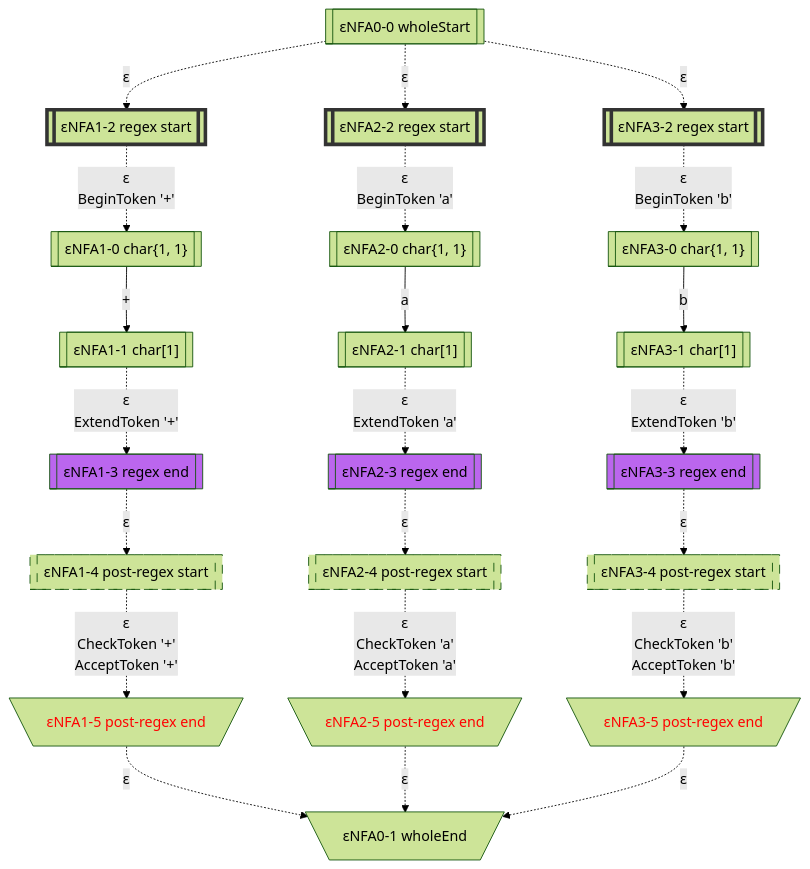
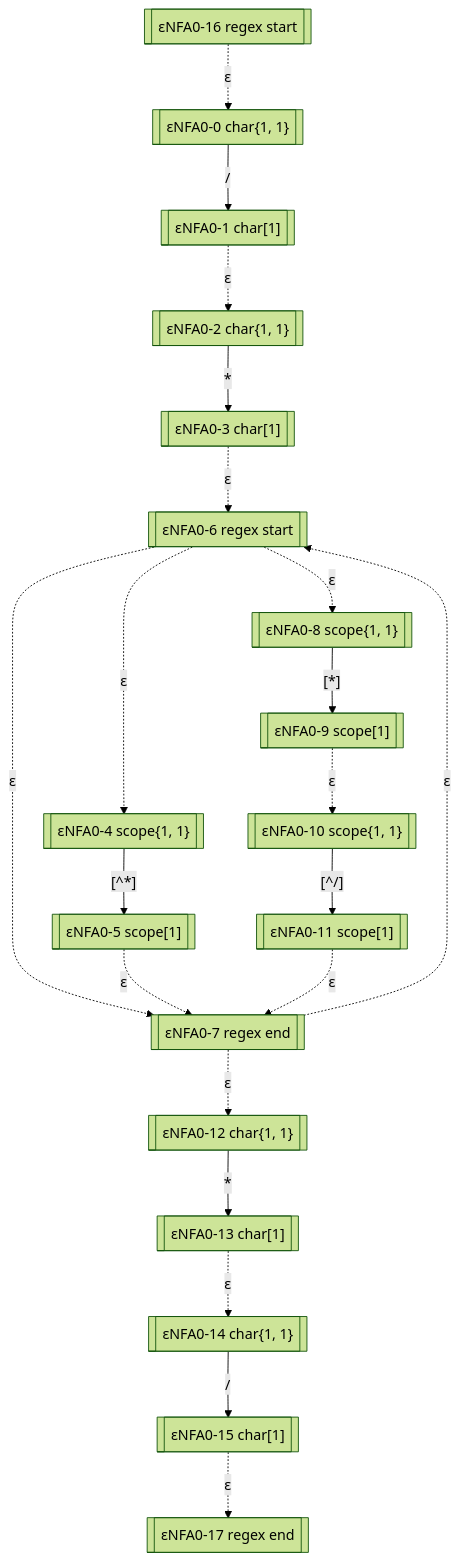
Before and after one commit to bitzhuwei/GrammarMentor: the seventh of 17 diagrams in Practices/Practice.GeneratedXxxFormat.Test/GeneratedABB/LexicalAnalyzer/README.gen.md, drawn with Mermaid (forest theme). The commit also changed other lines of this file and 3868 other files, not shown here.

````diff
--- a/Practices/Practice.GeneratedXxxFormat.Test/GeneratedABB/LexicalAnalyzer/README.gen.md
+++ b/Practices/Practice.GeneratedXxxFormat.Test/GeneratedABB/LexicalAnalyzer/README.gen.md
@@ -195,70 +193,42 @@
 classDef c1101 stroke:#333,stroke-width:4px,fill:#BB66EE,color:#FF0000;
 classDef c1110 stroke:#333,stroke-width:4px,fill:#BB66EE,stroke-dasharray: 10 10;
 classDef c1111 stroke:#333,stroke-width:4px,fill:#BB66EE,stroke-dasharray: 10 10,color:#FF0000;
-eNFA0_0_57712780[["εNFA0-0 wholeStart"]]
-eNFA1_2_20234383[["εNFA1-2 regex start"]]
-class eNFA1_2_20234383 c1000;
-eNFA2_2_49652976[["εNFA2-2 regex start"]]
-class eNFA2_2_49652976 c1000;
-eNFA3_2_41421720[["εNFA3-2 regex start"]]
-class eNFA3_2_41421720 c1000;
-eNFA1_0_47891719[["εNFA1-0 char{1, 1}"]]
-eNFA2_0_25342185[["εNFA2-0 char{1, 1}"]]
-eNFA3_0_66824994[["εNFA3-0 char{1, 1}"]]
-eNFA1_1_28372289[["εNFA1-1 char[1]"]]
-eNFA2_1_26753075[["εNFA2-1 char[1]"]]
-eNFA3_1_64554036[["εNFA3-1 char[1]"]]
-eNFA1_3_54024015[["εNFA1-3 regex end"]]
-class eNFA1_3_54024015 c0100;
-eNFA2_3_39451090[["εNFA2-3 regex end"]]
-class eNFA2_3_39451090 c0100;
-eNFA3_3_44115416[["εNFA3-3 regex end"]]
-class eNFA3_3_44115416 c0100;
-eNFA1_4_16454088[["εNFA1-4 post-regex start"]]
-class eNFA1_4_16454088 c0010;
-eNFA2_4_19515494[["εNFA2-4 post-regex start"]]
-class eNFA2_4_19515494 c0010;
-eNFA3_4_61494432[["εNFA3-4 post-regex start"]]
-class eNFA3_4_61494432 c0010;
-eNFA1_5_13869071[\"εNFA1-5 post-regex end"/]
-class eNFA1_5_13869071 c0001;
-eNFA2_5_44223604[\"εNFA2-5 post-regex end"/]
-class eNFA2_5_44223604 c0001;
-eNFA3_5_37251161[\"εNFA3-5 post-regex end"/]
-class eNFA3_5_37251161 c0001;
-eNFA0_1_62468121[\"εNFA0-1 wholeEnd"/]
-eNFA0_0_57712780 -.->|"ε"|eNFA1_2_20234383
-eNFA0_0_57712780 -.->|"ε"|eNFA2_2_49652976
-eNFA0_0_57712780 -.->|"ε"|eNFA3_2_41421720
-eNFA1_2_20234383 -.->|"ε
-BeginToken '+'"|eNFA1_0_47891719
-eNFA2_2_49652976 -.->|"ε
-BeginToken 'a'"|eNFA2_0_25342185
-eNFA3_2_41421720 -.->|"ε
-BeginToken 'b'"|eNFA3_0_66824994
-eNFA1_0_47891719 -->|"+"|eNFA1_1_28372289
-eNFA2_0_25342185 -->|"a"|eNFA2_1_26753075
-eNFA3_0_66824994 -->|"b"|eNFA3_1_64554036
-eNFA1_1_28372289 -.->|"ε
-ExtendToken '+'"|eNFA1_3_54024015
-eNFA2_1_26753075 -.->|"ε
-ExtendToken 'a'"|eNFA2_3_39451090
-eNFA3_1_64554036 -.->|"ε
-ExtendToken 'b'"|eNFA3_3_44115416
-eNFA1_3_54024015 -.->|"ε"|eNFA1_4_16454088
-eNFA2_3_39451090 -.->|"ε"|eNFA2_4_19515494
-eNFA3_3_44115416 -.->|"ε"|eNFA3_4_61494432
-eNFA1_4_16454088 -.->|"ε
-CheckToken '+'
-AcceptToken '+'"|eNFA1_5_13869071
-eNFA2_4_19515494 -.->|"ε
-CheckToken 'a'
-AcceptToken 'a'"|eNFA2_5_44223604
-eNFA3_4_61494432 -.->|"ε
-CheckToken 'b'
-AcceptToken 'b'"|eNFA3_5_37251161
-eNFA1_5_13869071 -.->|"ε"|eNFA0_1_62468121
-eNFA2_5_44223604 -.->|"ε"|eNFA0_1_62468121
-eNFA3_5_37251161 -.->|"ε"|eNFA0_1_62468121
-
+eNFA0_16_37251161[["εNFA0-16 regex start"]]
+eNFA0_0_66824994[["εNFA0-0 char{1, 1}"]]
+eNFA0_1_64554036[["εNFA0-1 char[1]"]]
+eNFA0_2_44115416[["εNFA0-2 char{1, 1}"]]
+eNFA0_3_56200037[["εNFA0-3 char[1]"]]
+eNFA0_6_63208015[["εNFA0-6 regex start"]]
+eNFA0_4_19575591[["εNFA0-4 scope{1, 1}"]]
+eNFA0_8_32001227[["εNFA0-8 scope{1, 1}"]]
+eNFA0_7_42119052[["εNFA0-7 regex end"]]
+eNFA0_5_43527150[["εNFA0-5 scope[1]"]]
+eNFA0_9_6480969[["εNFA0-9 scope[1]"]]
+eNFA0_12_36038289[["εNFA0-12 char{1, 1}"]]
+eNFA0_10_41731733[["εNFA0-10 scope{1, 1}"]]
+eNFA0_13_40041277[["εNFA0-13 char[1]"]]
+eNFA0_11_41962596[["εNFA0-11 scope[1]"]]
+eNFA0_14_24827179[["εNFA0-14 char{1, 1}"]]
+eNFA0_15_64844482[["εNFA0-15 char[1]"]]
+eNFA0_17_46729429[["εNFA0-17 regex end"]]
+eNFA0_16_37251161 -.->|"ε"|eNFA0_0_66824994
+eNFA0_0_66824994 -->|"/"|eNFA0_1_64554036
+eNFA0_1_64554036 -.->|"ε"|eNFA0_2_44115416
+eNFA0_2_44115416 -->|"*"|eNFA0_3_56200037
+eNFA0_3_56200037 -.->|"ε"|eNFA0_6_63208015
+eNFA0_6_63208015 -.->|"ε"|eNFA0_4_19575591
+eNFA0_6_63208015 -.->|"ε"|eNFA0_8_32001227
+eNFA0_6_63208015 -.->|"ε"|eNFA0_7_42119052
+eNFA0_4_19575591 -->|"[^*]"|eNFA0_5_43527150
+eNFA0_8_32001227 -->|"[*]"|eNFA0_9_6480969
+eNFA0_7_42119052 -.->|"ε"|eNFA0_6_63208015
+eNFA0_7_42119052 -.->|"ε"|eNFA0_12_36038289
+eNFA0_5_43527150 -.->|"ε"|eNFA0_7_42119052
+eNFA0_9_6480969 -.->|"ε"|eNFA0_10_41731733
+eNFA0_12_36038289 -->|"*"|eNFA0_13_40041277
+eNFA0_10_41731733 -->|"[^/]"|eNFA0_11_41962596
+eNFA0_13_40041277 -.->|"ε"|eNFA0_14_24827179
+eNFA0_11_41962596 -.->|"ε"|eNFA0_7_42119052
+eNFA0_14_24827179 -->|"/"|eNFA0_15_64844482
+eNFA0_15_64844482 -.->|"ε"|eNFA0_17_46729429
 ```
````
